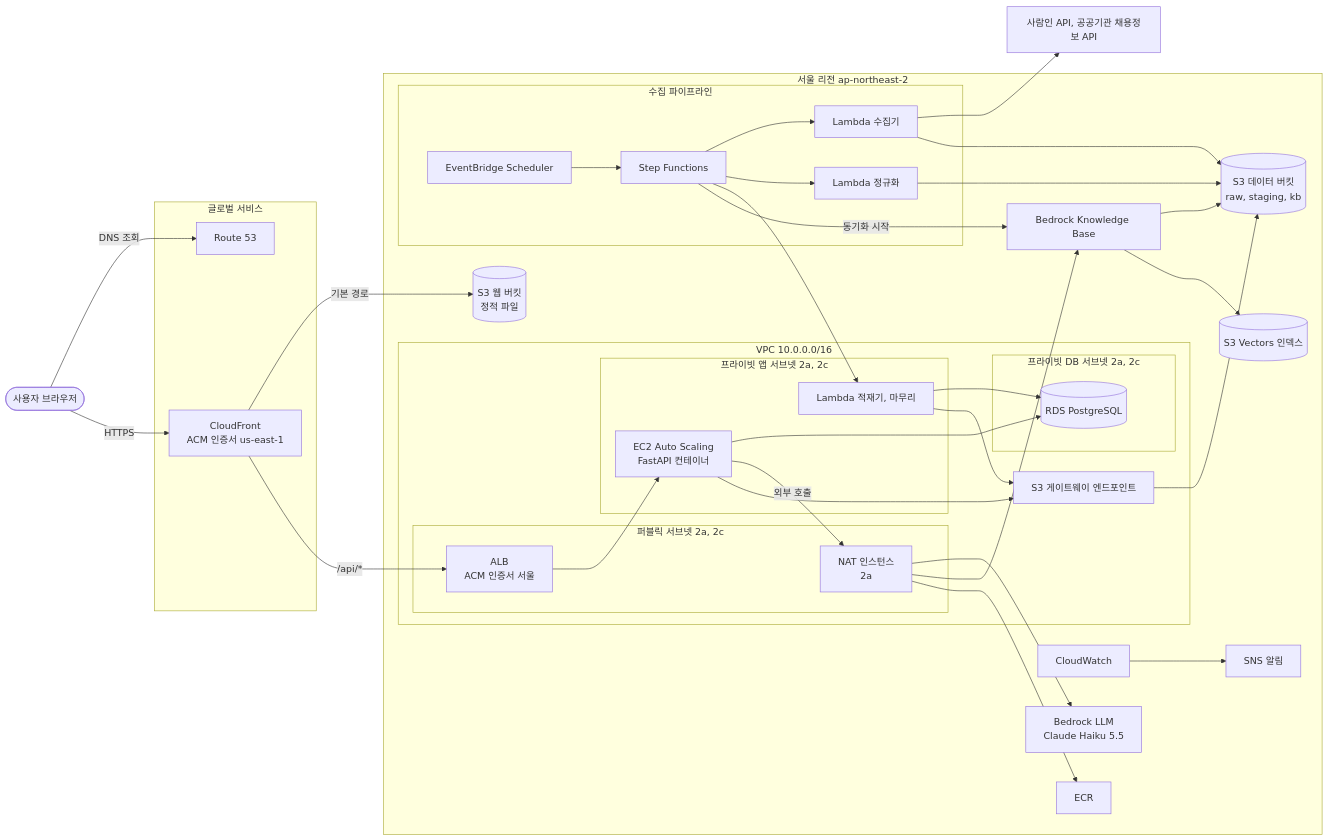
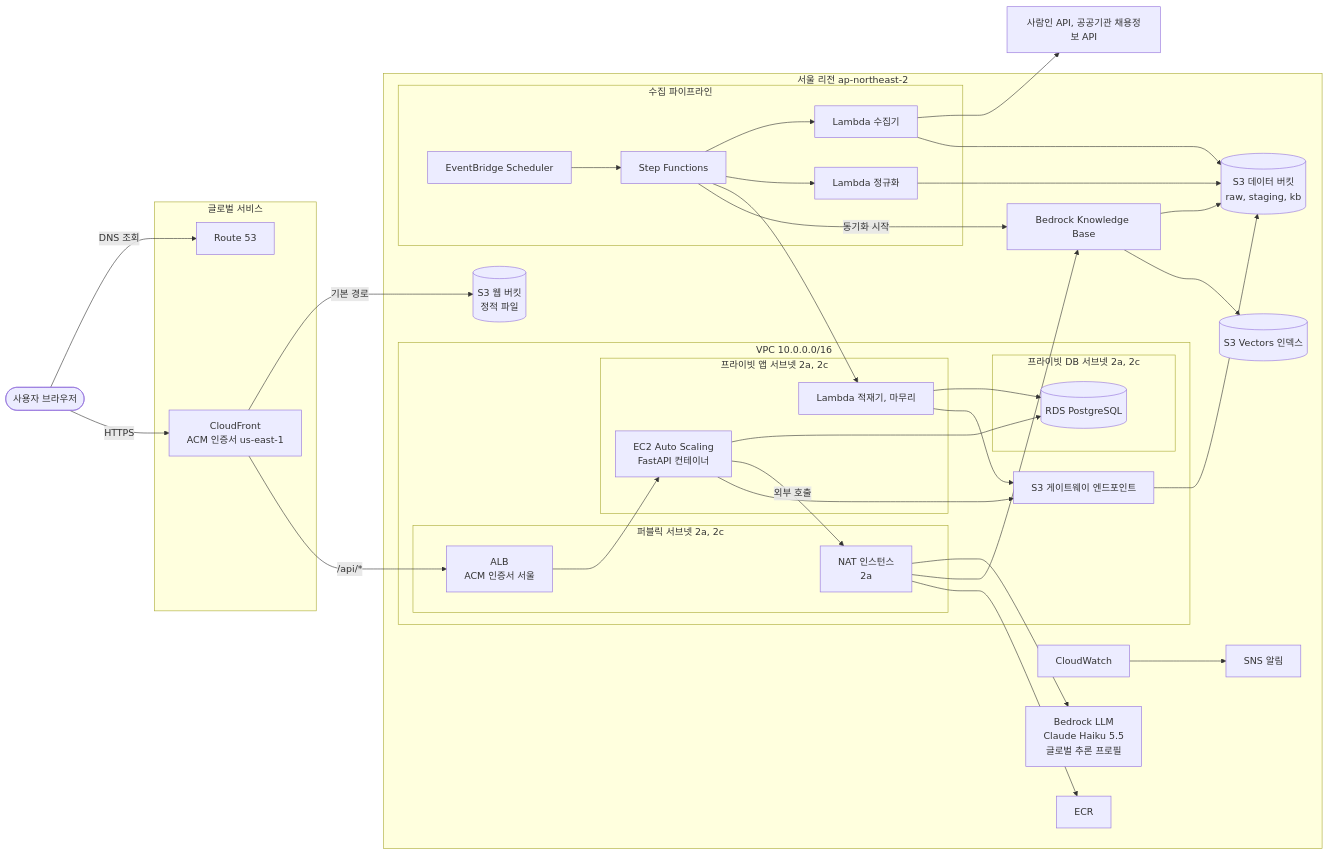
Before and after one commit to soyeun0327/fitjob: the second of 6 diagrams in docs/02-architecture.md, drawn with Mermaid. The commit also changed other lines of this file and 16 other files, not shown here.

````diff
--- a/docs/02-architecture.md
+++ b/docs/02-architecture.md
@@ -50,70 +52,70 @@
 ```mermaid
 flowchart LR
     user(["사용자 브라우저"])
     ext["사람인 API, 공공기관 채용정보 API"]
 
     subgraph global["글로벌 서비스"]
         r53["Route 53"]
         cf["CloudFront<br/>ACM 인증서 us-east-1"]
     end
 
     subgraph region["서울 리전 ap-northeast-2"]
         s3web[("S3 웹 버킷<br/>정적 파일")]
 
         subgraph vpc["VPC 10.0.0.0/16"]
             subgraph pub["퍼블릭 서브넷 2a, 2c"]
                 alb["ALB<br/>ACM 인증서 서울"]
                 nat["NAT 인스턴스<br/>2a"]
             end
             subgraph app["프라이빗 앱 서브넷 2a, 2c"]
                 asg["EC2 Auto Scaling<br/>FastAPI 컨테이너"]
                 vpclambda["Lambda 적재기, 마무리"]
             end
             subgraph dbnet["프라이빗 DB 서브넷 2a, 2c"]
                 rds[("RDS PostgreSQL")]
             end
             s3ep["S3 게이트웨이 엔드포인트"]
         end
 
         subgraph pipeline["수집 파이프라인"]
             sched["EventBridge Scheduler"]
             sfn["Step Functions"]
             collect["Lambda 수집기"]
             norm["Lambda 정규화"]
         end
 
         s3data[("S3 데이터 버킷<br/>raw, staging, kb")]
         kb["Bedrock Knowledge Base"]
         vec[("S3 Vectors 인덱스")]
-        llm["Bedrock LLM<br/>Claude Haiku 5.5"]
+        llm["Bedrock LLM<br/>Claude Haiku 5.5<br/>글로벌 추론 프로필"]
         ecr["ECR"]
         cw["CloudWatch"]
         sns["SNS 알림"]
     end
 
     user -->|"DNS 조회"| r53
     user -->|"HTTPS"| cf
     cf -->|"기본 경로"| s3web
     cf -->|"/api/*"| alb
     alb --> asg
     asg --> rds
     asg -->|"외부 호출"| nat
     nat --> llm
     nat --> kb
     nat --> ecr
     sched --> sfn
     sfn --> collect
     sfn --> norm
     sfn --> vpclambda
     sfn -->|"동기화 시작"| kb
     collect --> ext
     collect --> s3data
     norm --> s3data
     vpclambda --> rds
     vpclambda --> s3ep
     asg --> s3ep
     s3ep --> s3data
     kb --> s3data
     kb --> vec
     cw --> sns
 ```
````
